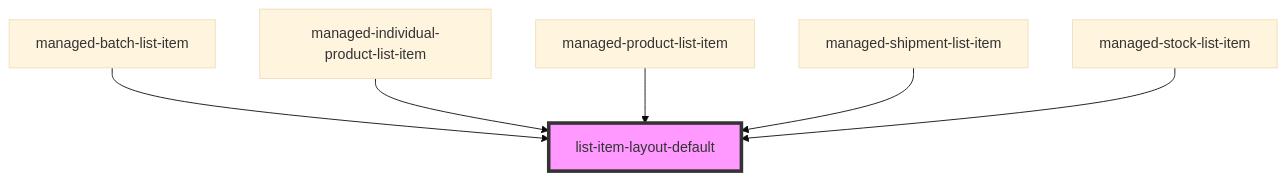
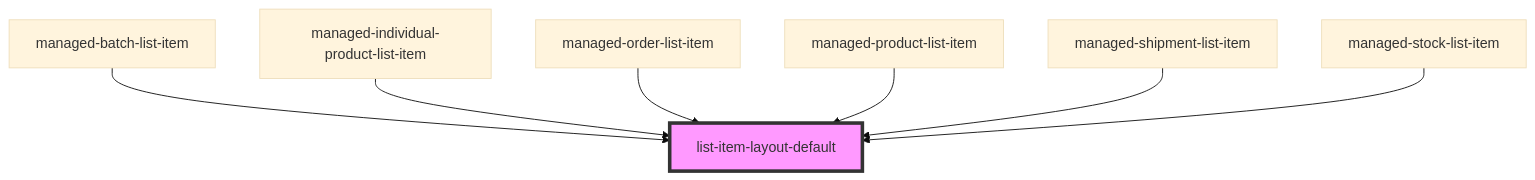
The diagram in pdm-web-components/src/components/list-item-layout-default/readme.md (PharmaLedger-IMI/fgt-workspace), drawn with Mermaid (base theme) before and after one commit. The commit also changed other lines of this file and 2 other files, not shown here.

Commit message:
refs #51 readme updated

````diff
--- a/pdm-web-components/src/components/list-item-layout-default/readme.md
+++ b/pdm-web-components/src/components/list-item-layout-default/readme.md
@@ -30,9 +31,10 @@
 ```mermaid
 graph TD;
   managed-batch-list-item --> list-item-layout-default
   managed-individual-product-list-item --> list-item-layout-default
+  managed-order-list-item --> list-item-layout-default
   managed-product-list-item --> list-item-layout-default
   managed-shipment-list-item --> list-item-layout-default
   managed-stock-list-item --> list-item-layout-default
   style list-item-layout-default fill:#f9f,stroke:#333,stroke-width:4px
 ```
````
